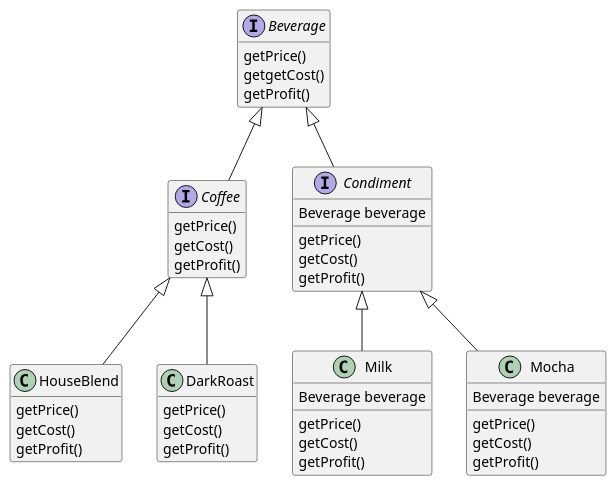
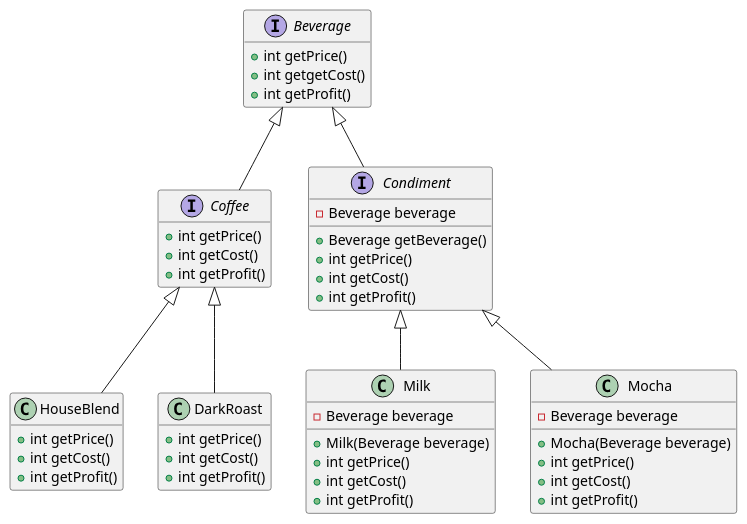
The diagram in DecoratorPattern/example.puml (gama79530/DesignPattern), drawn with PlantUML before and after one commit. The commit also changed 17 other files, not shown here.

```diff
--- a/DecoratorPattern/example.puml
+++ b/DecoratorPattern/example.puml
@@ -1,57 +1,60 @@
 @startuml example
 hide empty members
 
 interface Beverage{
-    getPrice()
-    getgetCost()
-    getProfit()
+    + int getPrice()
+    + int getgetCost()
+    + int getProfit()
 } 
 
 interface Coffee{
-    getPrice()
-    getCost()
-    getProfit()
+    + int getPrice()
+    + int getCost()
+    + int getProfit()
 }
 
 class HouseBlend{
-    getPrice()
-    getCost()
-    getProfit()
+    + int getPrice()
+    + int getCost()
+    + int getProfit()
 }
 
 class DarkRoast{
-    getPrice()
-    getCost()
-    getProfit()
+    + int getPrice()
+    + int getCost()
+    + int getProfit()
 }
 
 interface Condiment{
-    Beverage beverage
-    getPrice()
-    getCost()
-    getProfit()
+    - Beverage beverage
+    + Beverage getBeverage()
+    + int getPrice()
+    + int getCost()
+    + int getProfit()
 }
 
 class Milk{
-    Beverage beverage
-    getPrice()
-    getCost()
-    getProfit()
+    - Beverage beverage
+    + Milk(Beverage beverage)
+    + int getPrice()
+    + int getCost()
+    + int getProfit()
 }
 
 class Mocha{
-    Beverage beverage
-    getPrice()
-    getCost()
-    getProfit()
+    - Beverage beverage
+    + Mocha(Beverage beverage)
+    + int getPrice()
+    + int getCost()
+    + int getProfit()
 }
 
 Beverage <|-- Coffee
 Coffee <|-- HouseBlend
 Coffee <|-- DarkRoast
 
 Beverage <|-- Condiment
 Condiment <|-- Milk
 Condiment <|-- Mocha
 
 @enduml
```
